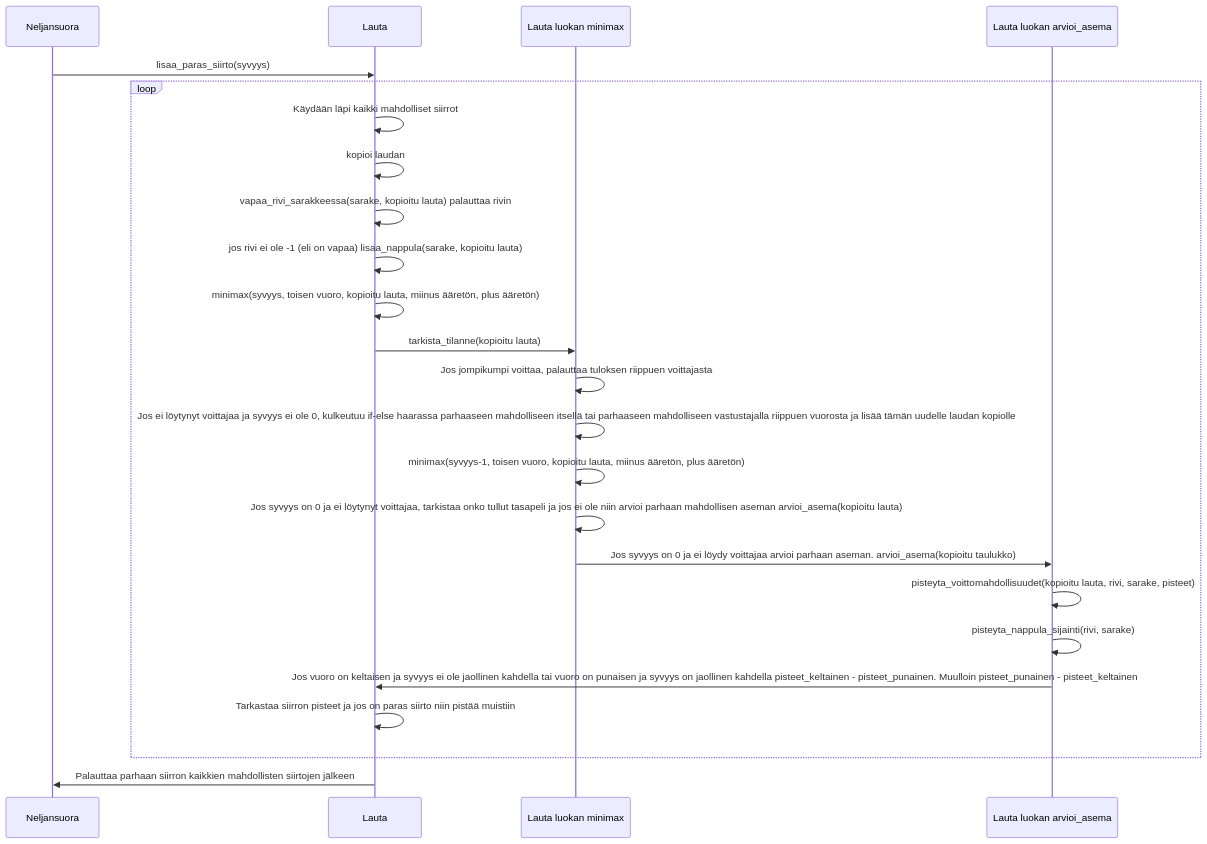
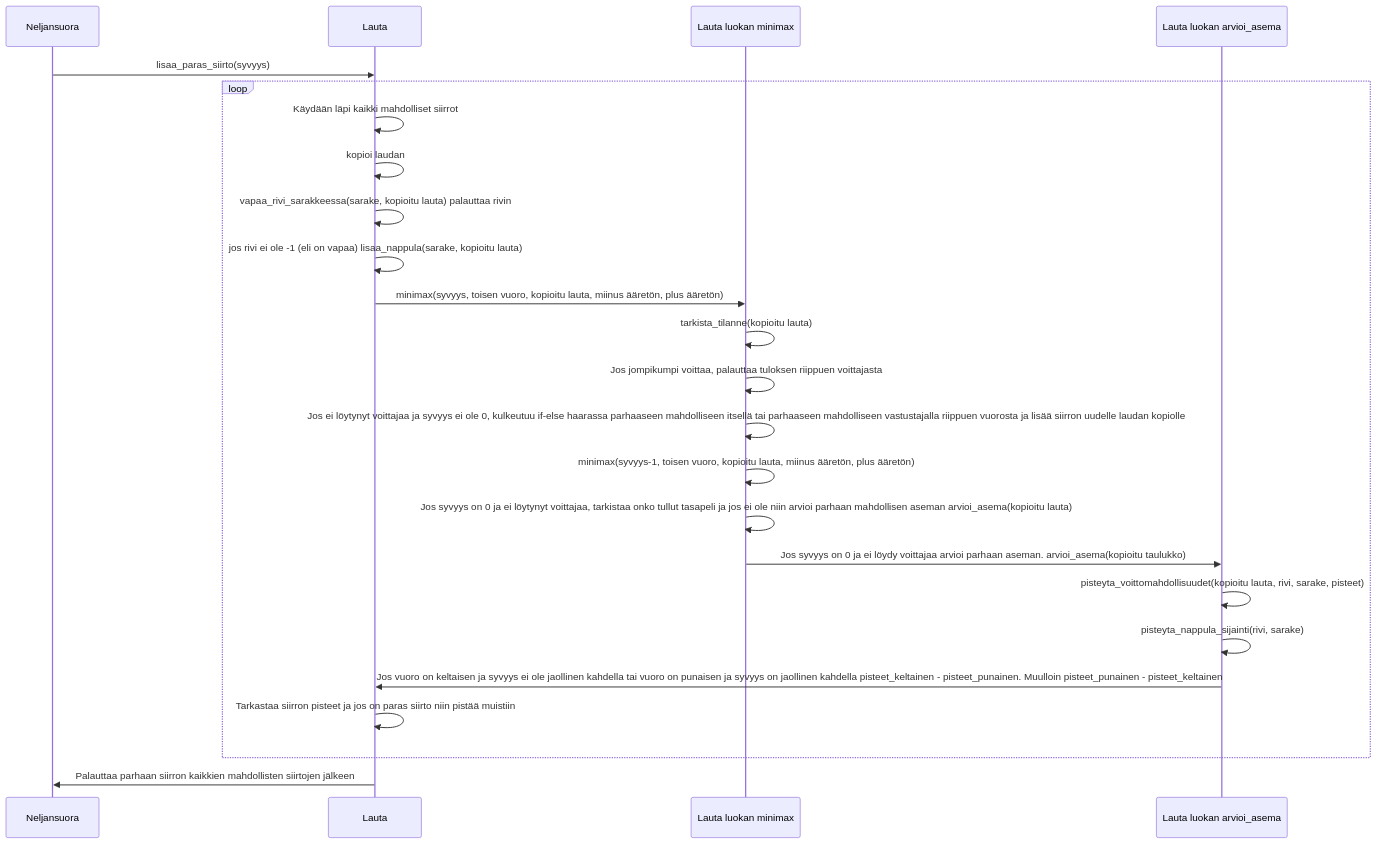
The third of 3 diagrams in Dokumentaatio/toteutusdokumentti.md (TatuSorjonen/Neljansuora), drawn with Mermaid before and after one commit. The commit also changed other lines of this file, not shown here.

````diff
--- a/Dokumentaatio/toteutusdokumentti.md
+++ b/Dokumentaatio/toteutusdokumentti.md
@@ -65,26 +73,26 @@
 ```mermaid
 sequenceDiagram
   participant Neljansuora
   participant Lauta
   participant Lauta luokan minimax
   participant Lauta luokan arvioi_asema
   Neljansuora->> Lauta: lisaa_paras_siirto(syvyys)
   loop
   Lauta->> Lauta: Käydään läpi kaikki mahdolliset siirrot
   Lauta->> Lauta: kopioi laudan
   Lauta->> Lauta: vapaa_rivi_sarakkeessa(sarake, kopioitu lauta) palauttaa rivin
   Lauta->> Lauta: jos rivi ei ole -1 (eli on vapaa) lisaa_nappula(sarake, kopioitu lauta)
-  Lauta->> Lauta: minimax(syvyys, toisen vuoro, kopioitu lauta, miinus ääretön, plus ääretön)
-  Lauta->> Lauta luokan minimax: tarkista_tilanne(kopioitu lauta)
+  Lauta->> Lauta luokan minimax: minimax(syvyys, toisen vuoro, kopioitu lauta, miinus ääretön, plus ääretön)
+  Lauta luokan minimax->> Lauta luokan minimax: tarkista_tilanne(kopioitu lauta)
   Lauta luokan minimax->> Lauta luokan minimax: Jos jompikumpi voittaa, palauttaa tuloksen riippuen voittajasta
-  Lauta luokan minimax->> Lauta luokan minimax: Jos ei löytynyt voittajaa ja syvyys ei ole 0, kulkeutuu if-else haarassa parhaaseen mahdolliseen itsellä tai parhaaseen mahdolliseen vastustajalla riippuen vuorosta ja lisää tämän uudelle laudan kopiolle
+  Lauta luokan minimax->> Lauta luokan minimax: Jos ei löytynyt voittajaa ja syvyys ei ole 0, kulkeutuu if-else haarassa parhaaseen mahdolliseen itsellä tai parhaaseen mahdolliseen vastustajalla riippuen vuorosta ja lisää siirron uudelle laudan kopiolle
   Lauta luokan minimax->> Lauta luokan minimax: minimax(syvyys-1, toisen vuoro, kopioitu lauta, miinus ääretön, plus ääretön)
   Lauta luokan minimax->> Lauta luokan minimax: Jos syvyys on 0 ja ei löytynyt voittajaa, tarkistaa onko tullut tasapeli ja jos ei ole niin arvioi parhaan mahdollisen aseman arvioi_asema(kopioitu lauta)
   Lauta luokan minimax->> Lauta luokan arvioi_asema: Jos syvyys on 0 ja ei löydy voittajaa arvioi parhaan aseman. arvioi_asema(kopioitu taulukko)
   Lauta luokan arvioi_asema->> Lauta luokan arvioi_asema: pisteyta_voittomahdollisuudet(kopioitu lauta, rivi, sarake, pisteet)
   Lauta luokan arvioi_asema->> Lauta luokan arvioi_asema: pisteyta_nappula_sijainti(rivi, sarake)
   Lauta luokan arvioi_asema->> Lauta: Jos vuoro on keltaisen ja syvyys ei ole jaollinen kahdella tai vuoro on punaisen ja syvyys on jaollinen kahdella pisteet_keltainen - pisteet_punainen. Muulloin pisteet_punainen - pisteet_keltainen
   Lauta->> Lauta: Tarkastaa siirron pisteet ja jos on paras siirto niin pistää muistiin
   end
   Lauta->> Neljansuora: Palauttaa parhaan siirron kaikkien mahdollisten siirtojen jälkeen
 ```
````
